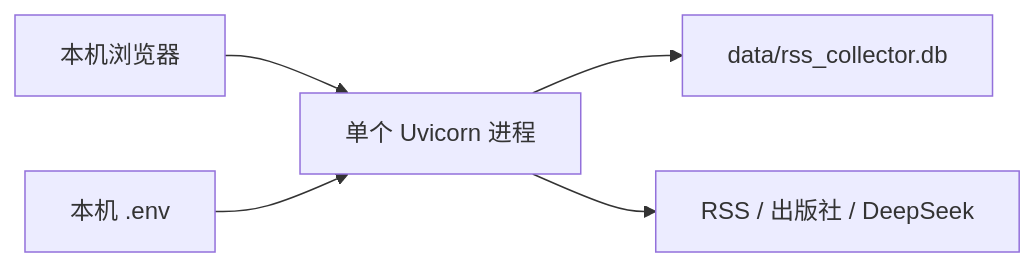
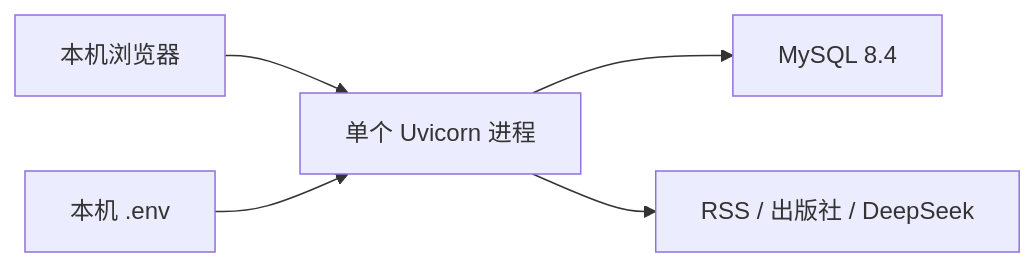
Before and after one commit to shiye1213/intco-rss-collector: the fifth of 6 diagrams in docs/technical-design.md, drawn with Mermaid. The commit also changed other lines of this file and 20 other files, not shown here.

````diff
--- a/docs/technical-design.md
+++ b/docs/technical-design.md
@@ -441,7 +442,7 @@
 ```mermaid
 flowchart LR
     Browser["本机浏览器"] --> Uvicorn["单个 Uvicorn 进程"]
-    Uvicorn --> SQLite["data/rss_collector.db"]
+    Uvicorn --> MySQL["MySQL 8.4"]
     Uvicorn --> Internet["RSS / 出版社 / DeepSeek"]
     Env["本机 .env"] --> Uvicorn
 ```
````
